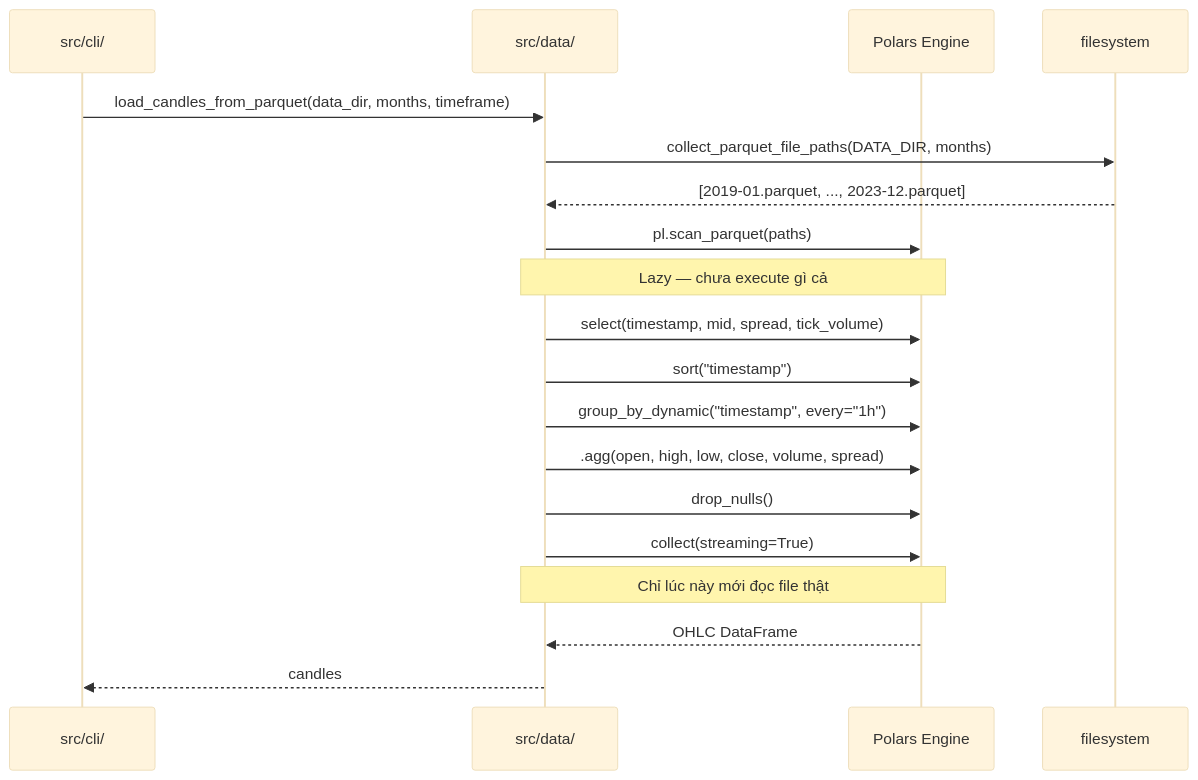
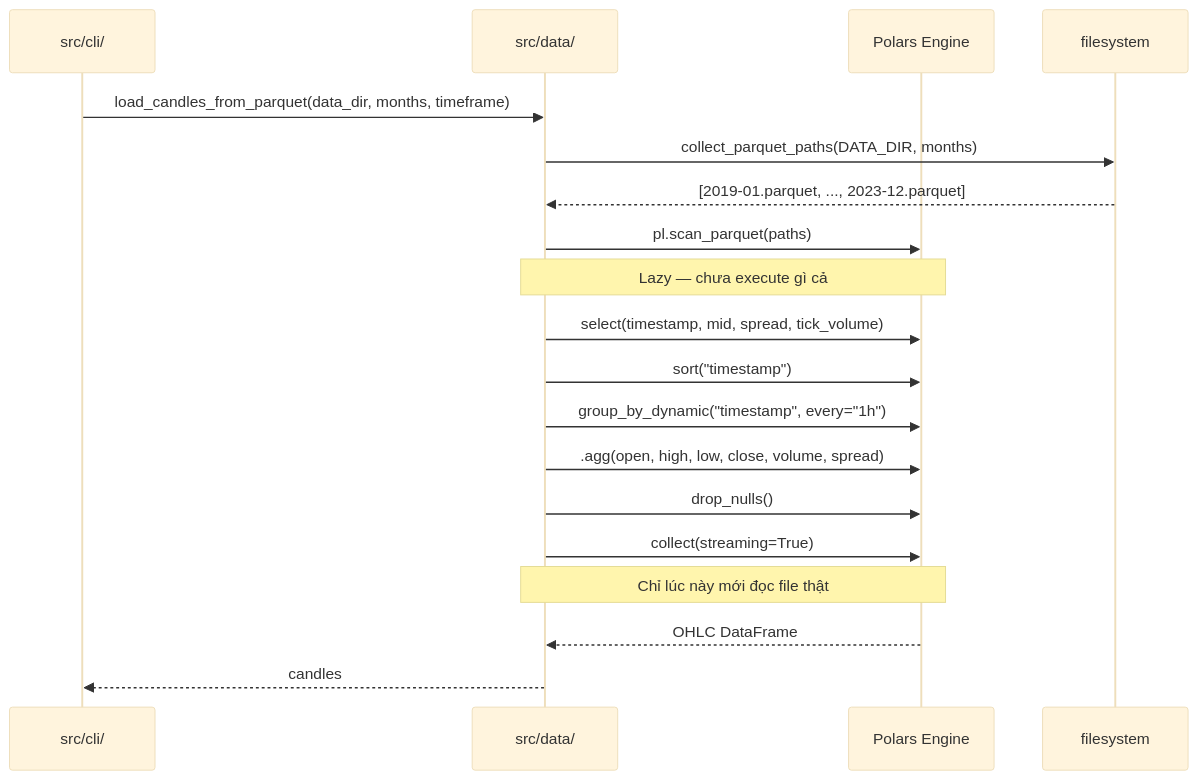
One commit to ultimateBroK/thesis-compact changed the second of 2 diagrams in docs/data-pipeline.md. Above: the diagram before and after it, drawn with Mermaid (base theme). The commit also changed other lines of this file and 51 other files, not shown here.

````diff
--- a/docs/data-pipeline.md
+++ b/docs/data-pipeline.md
@@ -42,22 +42,22 @@
 ```mermaid
 sequenceDiagram
     participant CLI as src/cli/
     participant Data as src/data/
     participant Polars as Polars Engine
     participant FS as filesystem
 
     CLI->>Data: load_candles_from_parquet(data_dir, months, timeframe)
-    Data->>FS: collect_parquet_file_paths(DATA_DIR, months)
+    Data->>FS: collect_parquet_paths(DATA_DIR, months)
     FS-->>Data: [2019-01.parquet, ..., 2023-12.parquet]
     Data->>Polars: pl.scan_parquet(paths)
     Note over Data,Polars: Lazy — chưa execute gì cả
     Data->>Polars: select(timestamp, mid, spread, tick_volume)
     Data->>Polars: sort("timestamp")
     Data->>Polars: group_by_dynamic("timestamp", every="1h")
     Data->>Polars: .agg(open, high, low, close, volume, spread)
     Data->>Polars: drop_nulls()
     Data->>Polars: collect(streaming=True)
     Note over Data,Polars: Chỉ lúc này mới đọc file thật
     Polars-->>Data: OHLC DataFrame
     Data-->>CLI: candles
 ```
````
